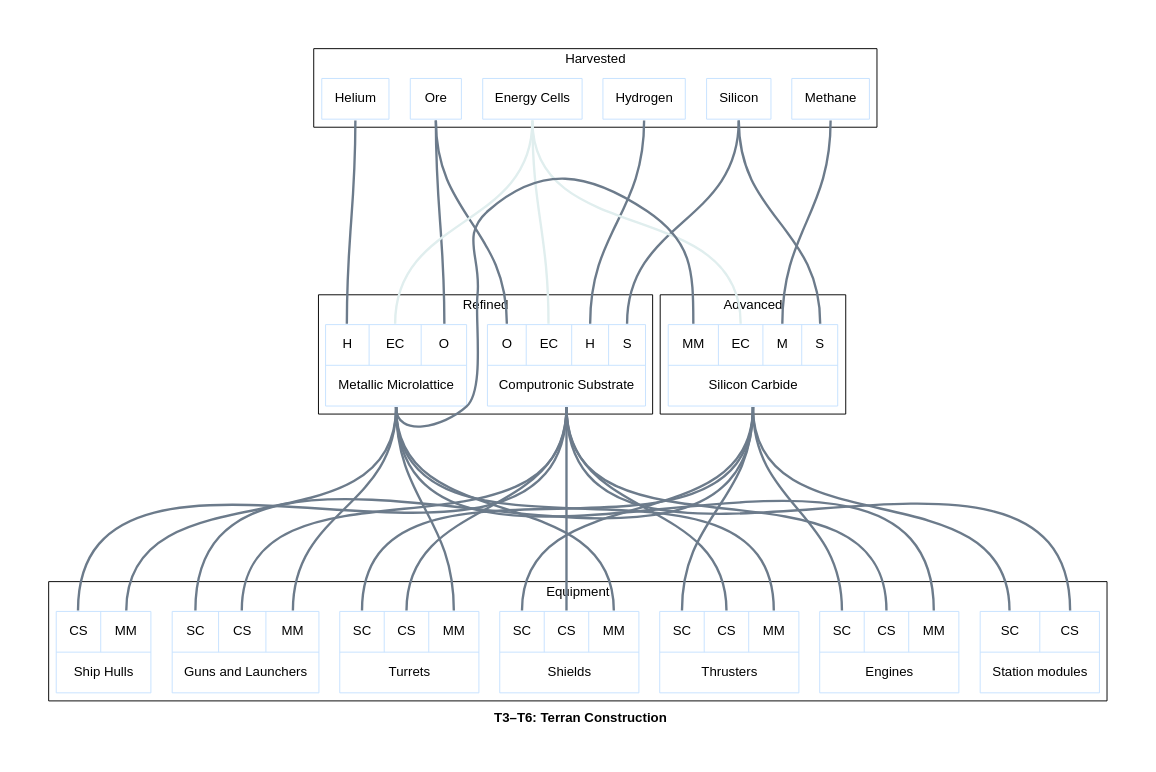
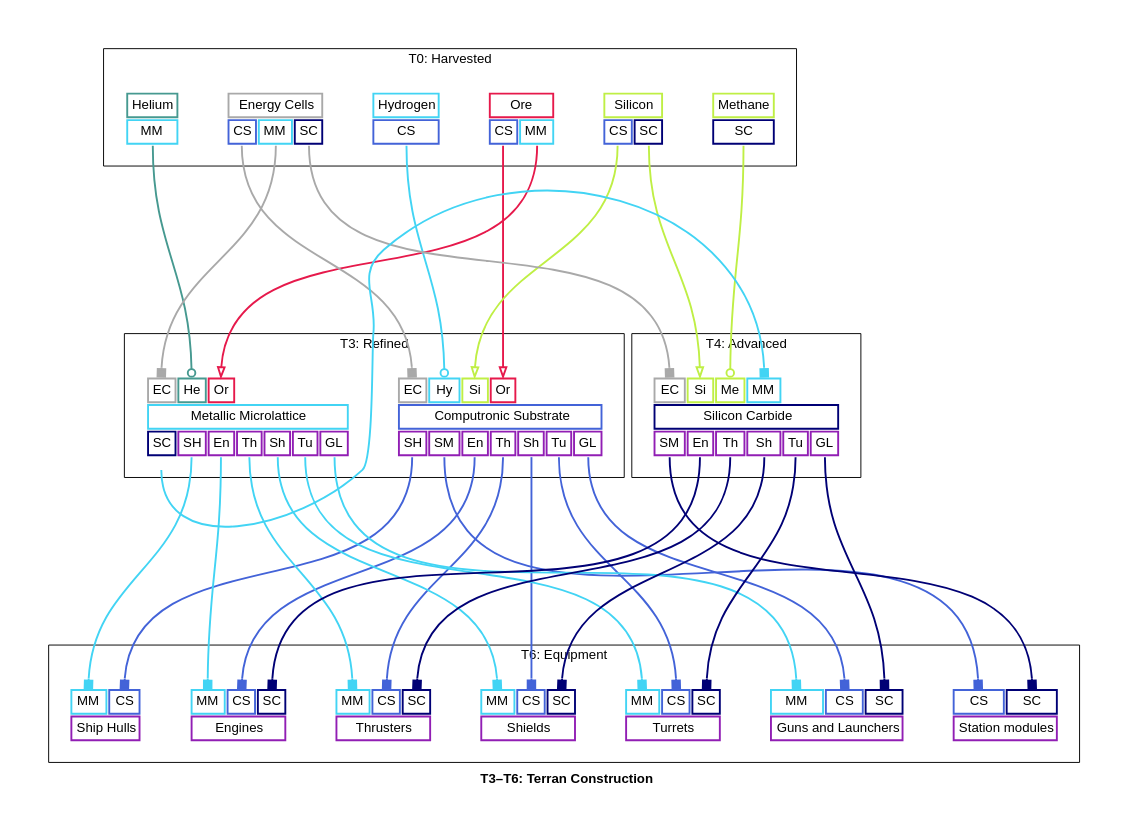
The diagram in docs/t3_t6_terran_construction_graph.dot (borntyping/x4-diagrams), drawn with Graphviz before and after one commit. The commit also changed 100 other files, not shown here.

Commit message:
Add pretty colours to GraphViz graphs

```diff
--- a/docs/t3_t6_terran_construction_graph.dot
+++ b/docs/t3_t6_terran_construction_graph.dot
@@ -1,66 +1,358 @@
-graph "X4 Economy" {
+digraph "X4 Economy" {
 	edge [arrowType=normal]
 	compound=true fontname="Helvetica,Arial,sans-serif"
 	label=<<b>T3–T6: Terran Construction</b>>
 	graph [nodesep=0.3 pad=0.5 ranksep=3]
-	node [color=slategray1 fontname="Helvetica,Arial,sans-serif" margin=0.2 penwidth=1 shape=box]
-	edge [arrowhead=normal arrowtype=normal fontname="Helvetica,Arial,sans-serif" headport=n penwidth=2.5 tailport=s]
+	node [color=slategray1 fontname="Helvetica,Arial,sans-serif" margin=0.2 penwidth=2.0 shape=plaintext]
+	edge [arrowhead=normal arrowsize=1.0 fontname="Helvetica,Arial,sans-serif" headport=n penwidth=2.0 tailport=s]
 	subgraph 0 {
-		cluster=true label=Harvested
-		helium [label="{<output> Helium}" colour=lightsteelblue2 shape=record]
-		methane [label="{<output> Methane}" colour=lightsteelblue2 shape=record]
-		ore [label="{<output> Ore}" colour=lightsteelblue2 shape=record]
-		hydrogen [label="{<output> Hydrogen}" colour=lightsteelblue2 shape=record]
-		silicon [label="{<output> Silicon}" colour=lightsteelblue2 shape=record]
-		energy_cells [label="{<output> Energy Cells}" colour=lightsteelblue2 shape=record]
+		cluster=true label="T0: Harvested"
+		helium [label=<<table border="0" cellborder="2" cellpadding="4" cellspacing="1" fixedsize="false" id="helium" port="output">
+  
+  <tr>
+    <td align="text" bgcolor="white" color="#469990" colspan="1">Helium</td>
+  </tr>
+  
+    <tr>
+      
+        <td align="text" bgcolor="white" color="#42d4f4" port="metallic_microlattice">MM</td>
+      
+    </tr>
+  
+</table>>]
+		methane [label=<<table border="0" cellborder="2" cellpadding="4" cellspacing="1" fixedsize="false" id="methane" port="output">
+  
+  <tr>
+    <td align="text" bgcolor="white" color="#bfef45" colspan="1">Methane</td>
+  </tr>
+  
+    <tr>
+      
+        <td align="text" bgcolor="white" color="#000075" port="silicon_carbide">SC</td>
+      
+    </tr>
+  
+</table>>]
+		ore [label=<<table border="0" cellborder="2" cellpadding="4" cellspacing="1" fixedsize="false" id="ore" port="output">
+  
+  <tr>
+    <td align="text" bgcolor="white" color="#e6194B" colspan="2">Ore</td>
+  </tr>
+  
+    <tr>
+      
+        <td align="text" bgcolor="white" color="#4363d8" port="computronic_substrate">CS</td>
+      
+        <td align="text" bgcolor="white" color="#42d4f4" port="metallic_microlattice">MM</td>
+      
+    </tr>
+  
+</table>>]
+		hydrogen [label=<<table border="0" cellborder="2" cellpadding="4" cellspacing="1" fixedsize="false" id="hydrogen" port="output">
+  
+  <tr>
+    <td align="text" bgcolor="white" color="#42d4f4" colspan="1">Hydrogen</td>
+  </tr>
+  
+    <tr>
+      
+        <td align="text" bgcolor="white" color="#4363d8" port="computronic_substrate">CS</td>
+      
+    </tr>
+  
+</table>>]
+		silicon [label=<<table border="0" cellborder="2" cellpadding="4" cellspacing="1" fixedsize="false" id="silicon" port="output">
+  
+  <tr>
+    <td align="text" bgcolor="white" color="#bfef45" colspan="2">Silicon</td>
+  </tr>
+  
+    <tr>
+      
+        <td align="text" bgcolor="white" color="#4363d8" port="computronic_substrate">CS</td>
+      
+        <td align="text" bgcolor="white" color="#000075" port="silicon_carbide">SC</td>
+      
+    </tr>
+  
+</table>>]
+		energy_cells [label=<<table border="0" cellborder="2" cellpadding="4" cellspacing="1" fixedsize="false" id="energy_cells" port="output">
+  
+  <tr>
+    <td align="text" bgcolor="white" color="#a9a9a9" colspan="3">Energy Cells</td>
+  </tr>
+  
+    <tr>
+      
+        <td align="text" bgcolor="white" color="#4363d8" port="computronic_substrate">CS</td>
+      
+        <td align="text" bgcolor="white" color="#42d4f4" port="metallic_microlattice">MM</td>
+      
+        <td align="text" bgcolor="white" color="#000075" port="silicon_carbide">SC</td>
+      
+    </tr>
+  
+</table>>]
 	}
 	subgraph 3 {
-		cluster=true label=Refined
-		computronic_substrate [label="{{<ore> O|<energy_cells> EC|<hydrogen> H|<silicon> S}|<output> Computronic Substrate}" colour=lightsteelblue2 shape=record]
-		metallic_microlattice [label="{{<helium> H|<energy_cells> EC|<ore> O}|<output> Metallic Microlattice}" colour=lightsteelblue2 shape=record]
+		cluster=true label="T3: Refined"
+		computronic_substrate [label=<<table border="0" cellborder="2" cellpadding="4" cellspacing="1" fixedsize="false" id="computronic_substrate" port="output">
+  
+    <tr>
+      
+        <td align="text" bgcolor="white" color="#a9a9a9" port="energy_cells">EC</td>
+      
+        <td align="text" bgcolor="white" color="#42d4f4" port="hydrogen">Hy</td>
+      
+        <td align="text" bgcolor="white" color="#bfef45" port="silicon">Si</td>
+      
+        <td align="text" bgcolor="white" color="#e6194B" port="ore">Or</td>
+      
+    </tr>
+  
+  <tr>
+    <td align="text" bgcolor="white" color="#4363d8" colspan="7">Computronic Substrate</td>
+  </tr>
+  
+    <tr>
+      
+        <td align="text" bgcolor="white" color="#911eb4" port="ship_hulls">SH</td>
+      
+        <td align="text" bgcolor="white" color="#911eb4" port="station_modules">SM</td>
+      
+        <td align="text" bgcolor="white" color="#911eb4" port="engines">En</td>
+      
+        <td align="text" bgcolor="white" color="#911eb4" port="thrusters">Th</td>
+      
+        <td align="text" bgcolor="white" color="#911eb4" port="shields">Sh</td>
+      
+        <td align="text" bgcolor="white" color="#911eb4" port="turrets">Tu</td>
+      
+        <td align="text" bgcolor="white" color="#911eb4" port="guns_and_launchers">GL</td>
+      
+    </tr>
+  
+</table>>]
+		metallic_microlattice [label=<<table border="0" cellborder="2" cellpadding="4" cellspacing="1" fixedsize="false" id="metallic_microlattice" port="output">
+  
+    <tr>
+      
+        <td align="text" bgcolor="white" color="#a9a9a9" port="energy_cells">EC</td>
+      
+        <td align="text" bgcolor="white" color="#469990" port="helium">He</td>
+      
+        <td align="text" bgcolor="white" color="#e6194B" port="ore">Or</td>
+      
+    </tr>
+  
+  <tr>
+    <td align="text" bgcolor="white" color="#42d4f4" colspan="7">Metallic Microlattice</td>
+  </tr>
+  
+    <tr>
+      
+        <td align="text" bgcolor="white" color="#000075" port="silicon_carbide">SC</td>
+      
+        <td align="text" bgcolor="white" color="#911eb4" port="ship_hulls">SH</td>
+      
+        <td align="text" bgcolor="white" color="#911eb4" port="engines">En</td>
+      
+        <td align="text" bgcolor="white" color="#911eb4" port="thrusters">Th</td>
+      
+        <td align="text" bgcolor="white" color="#911eb4" port="shields">Sh</td>
+      
+        <td align="text" bgcolor="white" color="#911eb4" port="turrets">Tu</td>
+      
+        <td align="text" bgcolor="white" color="#911eb4" port="guns_and_launchers">GL</td>
+      
+    </tr>
+  
+</table>>]
 	}
 	subgraph 4 {
-		cluster=true label=Advanced
-		silicon_carbide [label="{{<metallic_microlattice> MM|<energy_cells> EC|<methane> M|<silicon> S}|<output> Silicon Carbide}" colour=lightsteelblue2 shape=record]
+		cluster=true label="T4: Advanced"
+		silicon_carbide [label=<<table border="0" cellborder="2" cellpadding="4" cellspacing="1" fixedsize="false" id="silicon_carbide" port="output">
+  
+    <tr>
+      
+        <td align="text" bgcolor="white" color="#a9a9a9" port="energy_cells">EC</td>
+      
+        <td align="text" bgcolor="white" color="#bfef45" port="silicon">Si</td>
+      
+        <td align="text" bgcolor="white" color="#bfef45" port="methane">Me</td>
+      
+        <td align="text" bgcolor="white" color="#42d4f4" port="metallic_microlattice">MM</td>
+      
+    </tr>
+  
+  <tr>
+    <td align="text" bgcolor="white" color="#000075" colspan="6">Silicon Carbide</td>
+  </tr>
+  
+    <tr>
+      
+        <td align="text" bgcolor="white" color="#911eb4" port="station_modules">SM</td>
+      
+        <td align="text" bgcolor="white" color="#911eb4" port="engines">En</td>
+      
+        <td align="text" bgcolor="white" color="#911eb4" port="thrusters">Th</td>
+      
+        <td align="text" bgcolor="white" color="#911eb4" port="shields">Sh</td>
+      
+        <td align="text" bgcolor="white" color="#911eb4" port="turrets">Tu</td>
+      
+        <td align="text" bgcolor="white" color="#911eb4" port="guns_and_launchers">GL</td>
+      
+    </tr>
+  
+</table>>]
 	}
 	subgraph 6 {
-		cluster=true label=Equipment
-		ship_hulls [label="{{<computronic_substrate> CS|<metallic_microlattice> MM}|<output> Ship Hulls}" colour=lightsteelblue2 shape=record]
-		station_modules [label="{{<silicon_carbide> SC|<computronic_substrate> CS}|<output> Station modules}" colour=hotpink1 shape=record]
-		engines [label="{{<silicon_carbide> SC|<computronic_substrate> CS|<metallic_microlattice> MM}|<output> Engines}" colour=hotpink1 shape=record]
-		thrusters [label="{{<silicon_carbide> SC|<computronic_substrate> CS|<metallic_microlattice> MM}|<output> Thrusters}" colour=hotpink1 shape=record]
-		shields [label="{{<silicon_carbide> SC|<computronic_substrate> CS|<metallic_microlattice> MM}|<output> Shields}" colour=hotpink1 shape=record]
-		turrets [label="{{<silicon_carbide> SC|<computronic_substrate> CS|<metallic_microlattice> MM}|<output> Turrets}" colour=hotpink1 shape=record]
-		guns_and_launchers [label="{{<silicon_carbide> SC|<computronic_substrate> CS|<metallic_microlattice> MM}|<output> Guns and Launchers}" colour=hotpink1 shape=record]
+		cluster=true label="T6: Equipment"
+		ship_hulls [label=<<table border="0" cellborder="2" cellpadding="4" cellspacing="1" fixedsize="false" id="ship_hulls" port="output">
+  
+    <tr>
+      
+        <td align="text" bgcolor="white" color="#42d4f4" port="metallic_microlattice">MM</td>
+      
+        <td align="text" bgcolor="white" color="#4363d8" port="computronic_substrate">CS</td>
+      
+    </tr>
+  
+  <tr>
+    <td align="text" bgcolor="white" color="#911eb4" colspan="2">Ship Hulls</td>
+  </tr>
+  
+</table>>]
+		station_modules [label=<<table border="0" cellborder="2" cellpadding="4" cellspacing="1" fixedsize="false" id="station_modules" port="output">
+  
+    <tr>
+      
+        <td align="text" bgcolor="white" color="#4363d8" port="computronic_substrate">CS</td>
+      
+        <td align="text" bgcolor="white" color="#000075" port="silicon_carbide">SC</td>
+      
+    </tr>
+  
+  <tr>
+    <td align="text" bgcolor="white" color="#911eb4" colspan="2">Station modules</td>
+  </tr>
+  
+</table>>]
+		engines [label=<<table border="0" cellborder="2" cellpadding="4" cellspacing="1" fixedsize="false" id="engines" port="output">
+  
+    <tr>
+      
+        <td align="text" bgcolor="white" color="#42d4f4" port="metallic_microlattice">MM</td>
+      
+        <td align="text" bgcolor="white" color="#4363d8" port="computronic_substrate">CS</td>
+      
+        <td align="text" bgcolor="white" color="#000075" port="silicon_carbide">SC</td>
+      
+    </tr>
+  
+  <tr>
+    <td align="text" bgcolor="white" color="#911eb4" colspan="3">Engines</td>
+  </tr>
+  
+</table>>]
+		thrusters [label=<<table border="0" cellborder="2" cellpadding="4" cellspacing="1" fixedsize="false" id="thrusters" port="output">
+  
+    <tr>
+      
+        <td align="text" bgcolor="white" color="#42d4f4" port="metallic_microlattice">MM</td>
+      
+        <td align="text" bgcolor="white" color="#4363d8" port="computronic_substrate">CS</td>
+      
+        <td align="text" bgcolor="white" color="#000075" port="silicon_carbide">SC</td>
+      
+    </tr>
+  
+  <tr>
+    <td align="text" bgcolor="white" color="#911eb4" colspan="3">Thrusters</td>
+  </tr>
+  
+</table>>]
+		shields [label=<<table border="0" cellborder="2" cellpadding="4" cellspacing="1" fixedsize="false" id="shields" port="output">
+  
+    <tr>
+      
+        <td align="text" bgcolor="white" color="#42d4f4" port="metallic_microlattice">MM</td>
+      
+        <td align="text" bgcolor="white" color="#4363d8" port="computronic_substrate">CS</td>
+      
+        <td align="text" bgcolor="white" color="#000075" port="silicon_carbide">SC</td>
+      
+    </tr>
+  
+  <tr>
+    <td align="text" bgcolor="white" color="#911eb4" colspan="3">Shields</td>
+  </tr>
+  
+</table>>]
+		turrets [label=<<table border="0" cellborder="2" cellpadding="4" cellspacing="1" fixedsize="false" id="turrets" port="output">
+  
+    <tr>
+      
+        <td align="text" bgcolor="white" color="#42d4f4" port="metallic_microlattice">MM</td>
+      
+        <td align="text" bgcolor="white" color="#4363d8" port="computronic_substrate">CS</td>
+      
+        <td align="text" bgcolor="white" color="#000075" port="silicon_carbide">SC</td>
+      
+    </tr>
+  
+  <tr>
+    <td align="text" bgcolor="white" color="#911eb4" colspan="3">Turrets</td>
+  </tr>
+  
+</table>>]
+		guns_and_launchers [label=<<table border="0" cellborder="2" cellpadding="4" cellspacing="1" fixedsize="false" id="guns_and_launchers" port="output">
+  
+    <tr>
+      
+        <td align="text" bgcolor="white" color="#42d4f4" port="metallic_microlattice">MM</td>
+      
+        <td align="text" bgcolor="white" color="#4363d8" port="computronic_substrate">CS</td>
+      
+        <td align="text" bgcolor="white" color="#000075" port="silicon_carbide">SC</td>
+      
+    </tr>
+  
+  <tr>
+    <td align="text" bgcolor="white" color="#911eb4" colspan="3">Guns and Launchers</td>
+  </tr>
+  
+</table>>]
 	}
-	energy_cells:output:s -- computronic_substrate:energy_cells:n [color=azure2]
-	hydrogen:output:s -- computronic_substrate:hydrogen:n [color=slategray4]
-	ore:output:s -- computronic_substrate:ore:n [color=slategray4]
-	silicon:output:s -- computronic_substrate:silicon:n [color=slategray4]
-	energy_cells:output:s -- metallic_microlattice:energy_cells:n [color=azure2]
-	helium:output:s -- metallic_microlattice:helium:n [color=slategray4]
-	ore:output:s -- metallic_microlattice:ore:n [color=slategray4]
-	energy_cells:output:s -- silicon_carbide:energy_cells:n [color=azure2]
-	metallic_microlattice:output:s -- silicon_carbide:metallic_microlattice:n [color=slategray4]
-	methane:output:s -- silicon_carbide:methane:n [color=slategray4]
-	silicon:output:s -- silicon_carbide:silicon:n [color=slategray4]
-	metallic_microlattice:output:s -- ship_hulls:metallic_microlattice:n [color=slategray4]
-	computronic_substrate:output:s -- ship_hulls:computronic_substrate:n [color=slategray4]
-	silicon_carbide:output:s -- station_modules:silicon_carbide:n [color=slategray4]
-	computronic_substrate:output:s -- station_modules:computronic_substrate:n [color=slategray4]
-	metallic_microlattice:output:s -- engines:metallic_microlattice:n [color=slategray4]
-	silicon_carbide:output:s -- engines:silicon_carbide:n [color=slategray4]
-	computronic_substrate:output:s -- engines:computronic_substrate:n [color=slategray4]
-	metallic_microlattice:output:s -- thrusters:metallic_microlattice:n [color=slategray4]
-	silicon_carbide:output:s -- thrusters:silicon_carbide:n [color=slategray4]
-	computronic_substrate:output:s -- thrusters:computronic_substrate:n [color=slategray4]
-	metallic_microlattice:output:s -- shields:metallic_microlattice:n [color=slategray4]
-	silicon_carbide:output:s -- shields:silicon_carbide:n [color=slategray4]
-	computronic_substrate:output:s -- shields:computronic_substrate:n [color=slategray4]
-	metallic_microlattice:output:s -- turrets:metallic_microlattice:n [color=slategray4]
-	silicon_carbide:output:s -- turrets:silicon_carbide:n [color=slategray4]
-	computronic_substrate:output:s -- turrets:computronic_substrate:n [color=slategray4]
-	metallic_microlattice:output:s -- guns_and_launchers:metallic_microlattice:n [color=slategray4]
-	silicon_carbide:output:s -- guns_and_launchers:silicon_carbide:n [color=slategray4]
-	computronic_substrate:output:s -- guns_and_launchers:computronic_substrate:n [color=slategray4]
+	energy_cells:computronic_substrate:s -> computronic_substrate:energy_cells:n [arrowhead=box color="#a9a9a9" weight=0.1]
+	hydrogen:computronic_substrate:s -> computronic_substrate:hydrogen:n [arrowhead=odot color="#42d4f4" weight=1.0]
+	ore:computronic_substrate:s -> computronic_substrate:ore:n [arrowhead=empty color="#e6194B" weight=1.0]
+	silicon:computronic_substrate:s -> computronic_substrate:silicon:n [arrowhead=empty color="#bfef45" weight=1.0]
+	energy_cells:metallic_microlattice:s -> metallic_microlattice:energy_cells:n [arrowhead=box color="#a9a9a9" weight=0.1]
+	helium:metallic_microlattice:s -> metallic_microlattice:helium:n [arrowhead=odot color="#469990" weight=1.0]
+	ore:metallic_microlattice:s -> metallic_microlattice:ore:n [arrowhead=empty color="#e6194B" weight=1.0]
+	energy_cells:silicon_carbide:s -> silicon_carbide:energy_cells:n [arrowhead=box color="#a9a9a9" weight=0.1]
+	metallic_microlattice:silicon_carbide:s -> silicon_carbide:metallic_microlattice:n [arrowhead=box color="#42d4f4" weight=1.0]
+	methane:silicon_carbide:s -> silicon_carbide:methane:n [arrowhead=odot color="#bfef45" weight=1.0]
+	silicon:silicon_carbide:s -> silicon_carbide:silicon:n [arrowhead=empty color="#bfef45" weight=1.0]
+	metallic_microlattice:ship_hulls:s -> ship_hulls:metallic_microlattice:n [arrowhead=box color="#42d4f4" weight=1.0]
+	computronic_substrate:ship_hulls:s -> ship_hulls:computronic_substrate:n [arrowhead=box color="#4363d8" weight=1.0]
+	silicon_carbide:station_modules:s -> station_modules:silicon_carbide:n [arrowhead=box color="#000075" weight=1.0]
+	computronic_substrate:station_modules:s -> station_modules:computronic_substrate:n [arrowhead=box color="#4363d8" weight=1.0]
+	metallic_microlattice:engines:s -> engines:metallic_microlattice:n [arrowhead=box color="#42d4f4" weight=1.0]
+	silicon_carbide:engines:s -> engines:silicon_carbide:n [arrowhead=box color="#000075" weight=1.0]
+	computronic_substrate:engines:s -> engines:computronic_substrate:n [arrowhead=box color="#4363d8" weight=1.0]
+	metallic_microlattice:thrusters:s -> thrusters:metallic_microlattice:n [arrowhead=box color="#42d4f4" weight=1.0]
+	silicon_carbide:thrusters:s -> thrusters:silicon_carbide:n [arrowhead=box color="#000075" weight=1.0]
+	computronic_substrate:thrusters:s -> thrusters:computronic_substrate:n [arrowhead=box color="#4363d8" weight=1.0]
+	metallic_microlattice:shields:s -> shields:metallic_microlattice:n [arrowhead=box color="#42d4f4" weight=1.0]
+	silicon_carbide:shields:s -> shields:silicon_carbide:n [arrowhead=box color="#000075" weight=1.0]
+	computronic_substrate:shields:s -> shields:computronic_substrate:n [arrowhead=box color="#4363d8" weight=1.0]
+	metallic_microlattice:turrets:s -> turrets:metallic_microlattice:n [arrowhead=box color="#42d4f4" weight=1.0]
+	silicon_carbide:turrets:s -> turrets:silicon_carbide:n [arrowhead=box color="#000075" weight=1.0]
+	computronic_substrate:turrets:s -> turrets:computronic_substrate:n [arrowhead=box color="#4363d8" weight=1.0]
+	metallic_microlattice:guns_and_launchers:s -> guns_and_launchers:metallic_microlattice:n [arrowhead=box color="#42d4f4" weight=1.0]
+	silicon_carbide:guns_and_launchers:s -> guns_and_launchers:silicon_carbide:n [arrowhead=box color="#000075" weight=1.0]
+	computronic_substrate:guns_and_launchers:s -> guns_and_launchers:computronic_substrate:n [arrowhead=box color="#4363d8" weight=1.0]
 }
```
